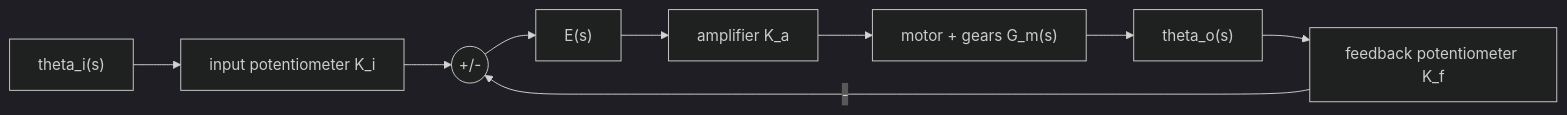
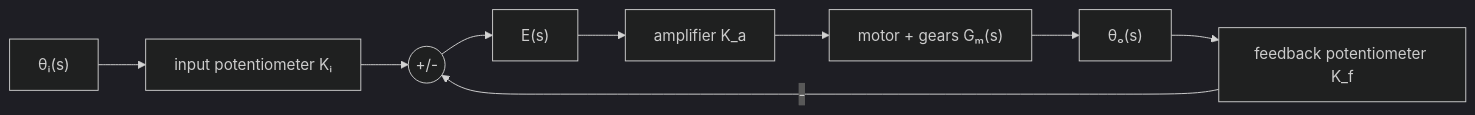
One commit to Cateds/Dynamics-Control.md changed the diagram in src/content/docs/tutorials/p1.tutorial.1.md. Above: the diagram before and after it, drawn with Mermaid (dark theme). The commit also changed 73 other files, not shown here.

````diff
--- a/src/content/docs/tutorials/p1.tutorial.1.md
+++ b/src/content/docs/tutorials/p1.tutorial.1.md
@@ -21,11 +21,11 @@
 ```mermaid
 flowchart LR
-  Ti["theta_i(s)"] --> Ki["input potentiometer K_i"]
+  Ti["θᵢ(s)"] --> Ki["input potentiometer Kᵢ"]
   Ki --> S(("+/-"))
   S --> E["E(s)"]
   E --> Ka["amplifier K_a"]
-  Ka --> Gm["motor + gears G_m(s)"]
-  Gm --> To["theta_o(s)"]
+  Ka --> Gm["motor + gears Gₘ(s)"]
+  Gm --> To["θₒ(s)"]
   To --> Kf["feedback potentiometer K_f"]
   Kf -->|"-"| S
 ```
````
